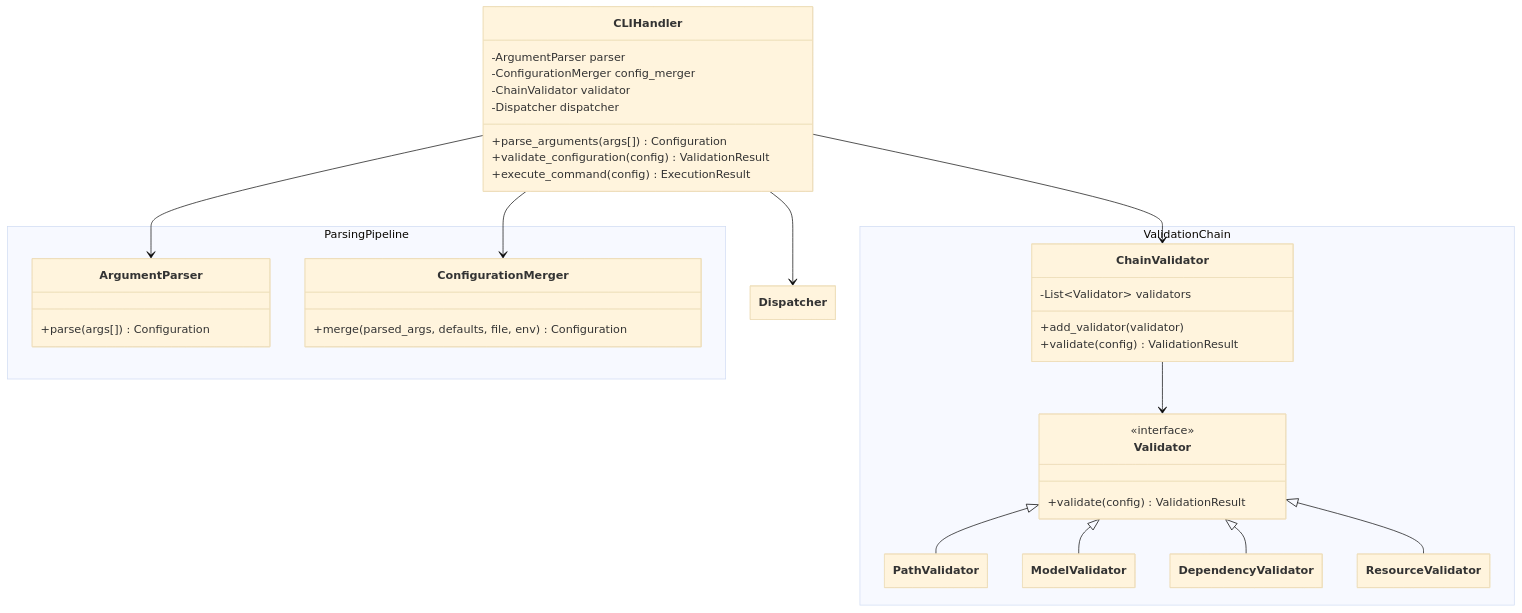
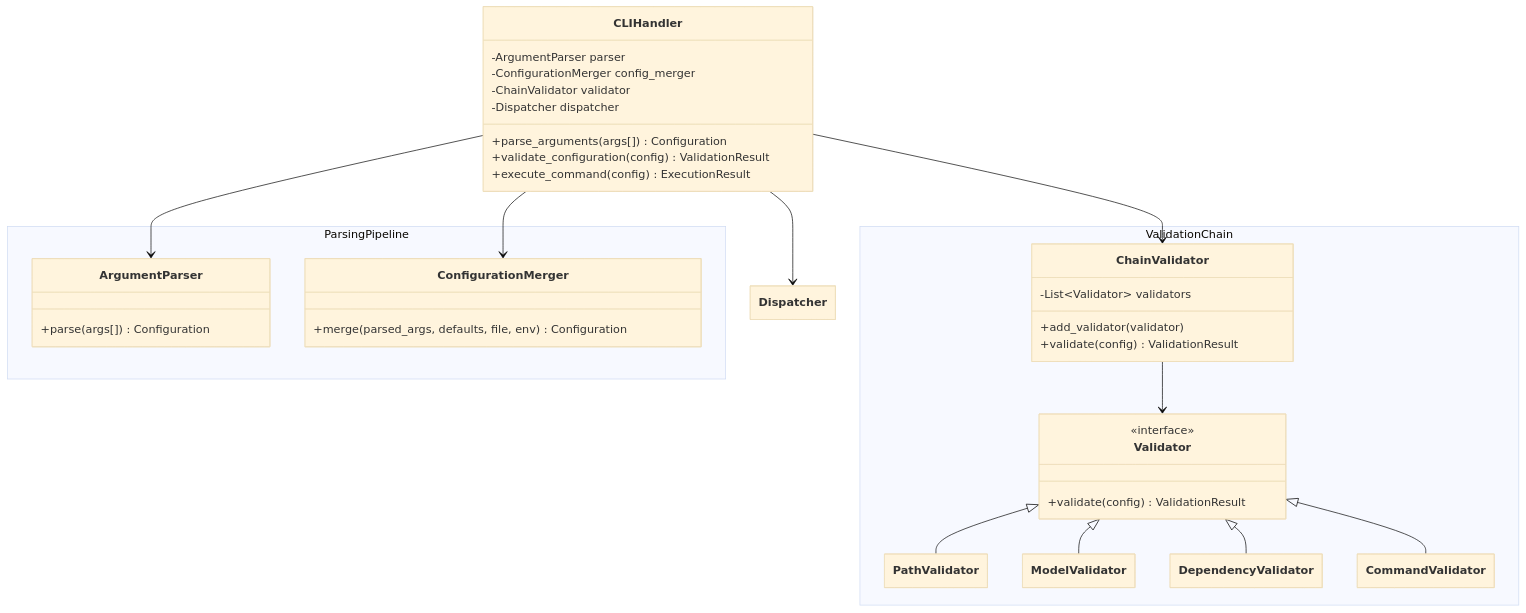
Before and after one commit to FilippoGurioli/test-2-code-llm: the second of 7 diagrams in docs/design.md, drawn with Mermaid (base theme).

Commit message:
docs: correct design

````diff
--- a/docs/design.md
+++ b/docs/design.md
@@ -55,55 +55,55 @@
 ```mermaid
 ---
   config:
     class:
       hideEmptyMembersBox: true
 ---
 classDiagram
     class CLIHandler {
         -ArgumentParser parser
         -ConfigurationMerger config_merger
         -ChainValidator validator
         -Dispatcher dispatcher
         +parse_arguments(args[]) Configuration
         +validate_configuration(config) ValidationResult
         +execute_command(config) ExecutionResult
     }
 
     namespace ParsingPipeline {
         class ArgumentParser {
             +parse(args[]) Configuration
         }
 
         class ConfigurationMerger {
             +merge(parsed_args, defaults, file, env) Configuration
         }
     }
 
     namespace ValidationChain {
         class ChainValidator {
             -List~Validator~ validators
             +add_validator(validator)
             +validate(config) ValidationResult
         }
 
         class Validator {
             <<interface>>
             +validate(config) ValidationResult
         }
 
         class PathValidator {}
         class ModelValidator {}
         class DependencyValidator {}
-        class ResourceValidator {}
+        class CommandValidator {}
     }
 
     CLIHandler --> ChainValidator
     ChainValidator --> Validator
     Validator <|-- PathValidator
     Validator <|-- ModelValidator
     Validator <|-- DependencyValidator
-    Validator <|-- ResourceValidator
+    Validator <|-- CommandValidator
     CLIHandler --> Dispatcher
     CLIHandler --> ArgumentParser
     CLIHandler --> ConfigurationMerger
 ```
````
